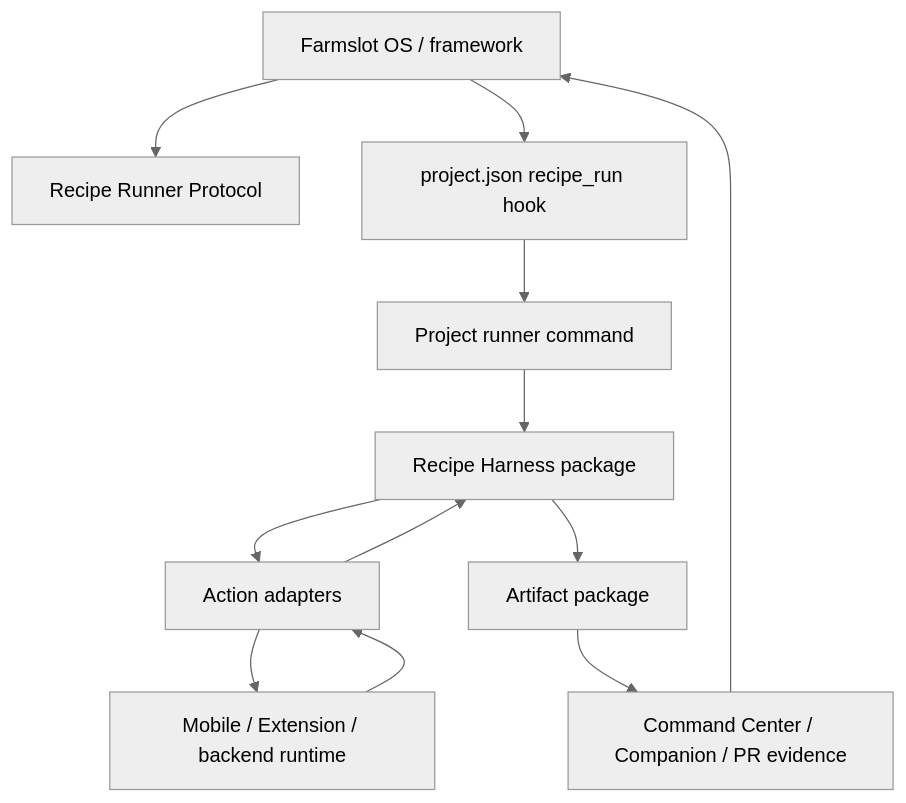
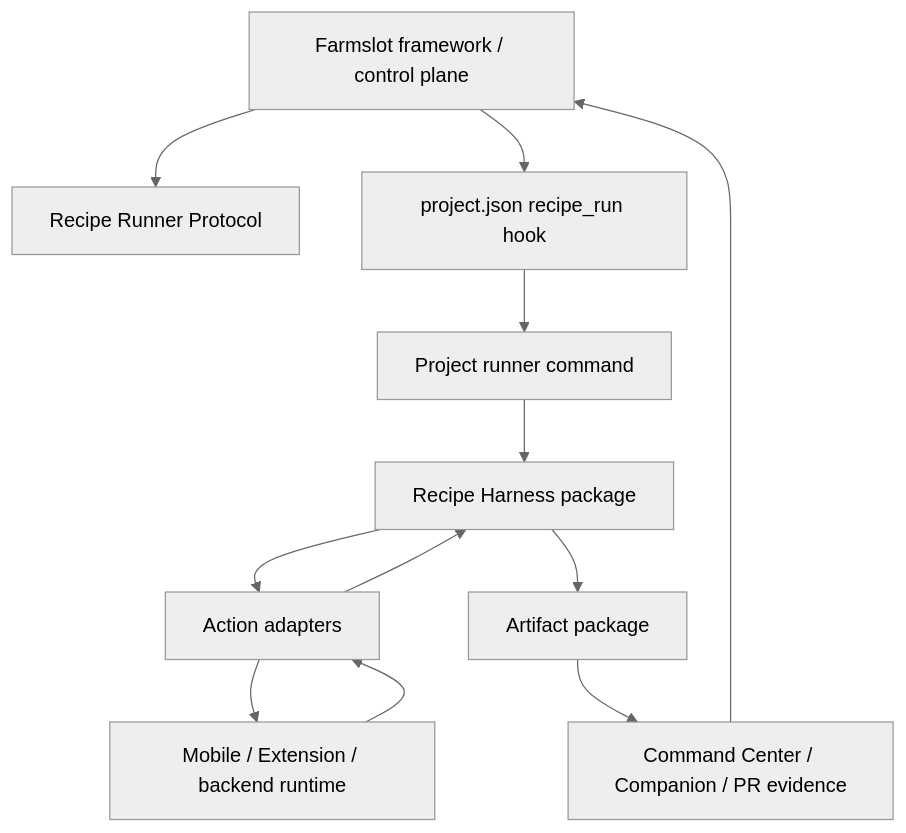
One commit to deeeed/farmslot changed the first of 3 diagrams in docs/reference/recipe-harness-high-level.md. Above: the diagram before and after it, drawn with Mermaid (neutral theme). The commit also changed other lines of this file and 11 other files, not shown here.

Commit message:
docs: frame Farmslot as a framework

````diff
--- a/docs/reference/recipe-harness-high-level.md
+++ b/docs/reference/recipe-harness-high-level.md
@@ -147,24 +147,24 @@
 ```mermaid
 flowchart TD
-  OS[Farmslot OS / framework]
+  Farmslot[Farmslot framework / control plane]
   Protocol[Recipe Runner Protocol]
   Hook[project.json recipe_run hook]
   Runner[Project runner command]
   Harness[Recipe Harness package]
   Adapter[Action adapters]
   App[Mobile / Extension / backend runtime]
   Package[Artifact package]
   UI[Command Center / Companion / PR evidence]
 
-  OS --> Protocol
-  OS --> Hook
+  Farmslot --> Protocol
+  Farmslot --> Hook
   Hook --> Runner
   Runner --> Harness
   Harness --> Adapter
   Adapter --> App
   App --> Adapter
   Adapter --> Harness
   Harness --> Package
   Package --> UI
-  UI --> OS
+  UI --> Farmslot
 ```
````
